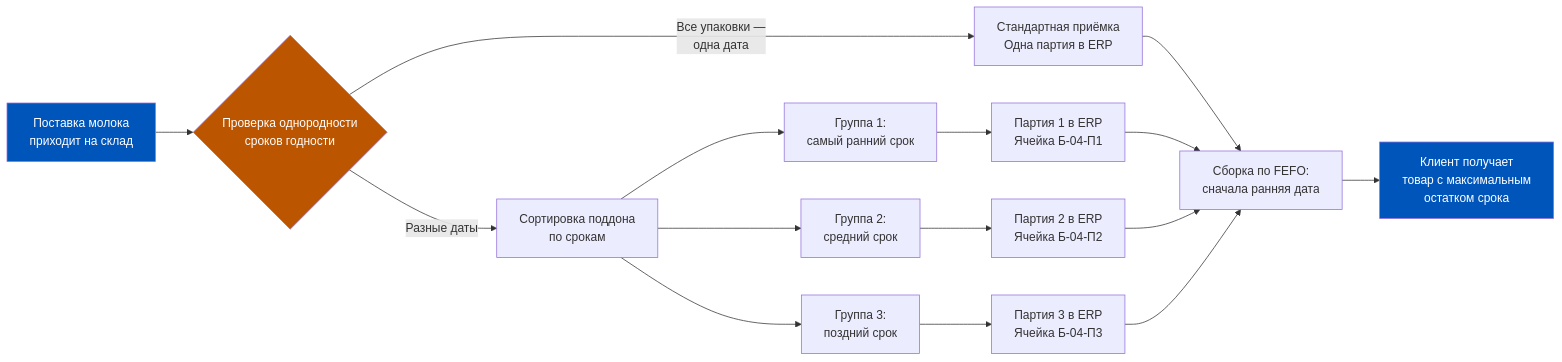
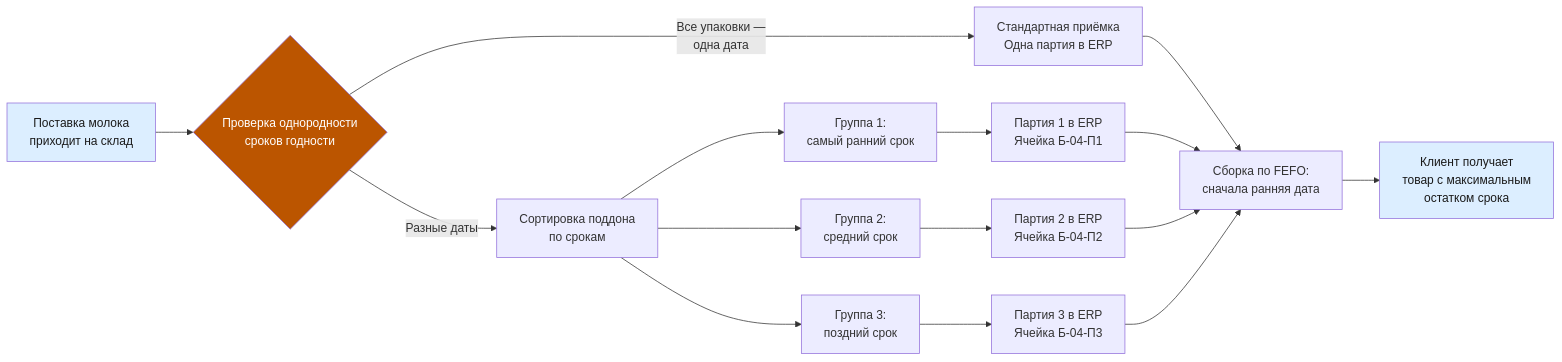
The fifth of 8 diagrams in content/1c-erp/week_4/Неделя 4 - День 7 - История Ozon Express.md (murad1986/1c-erp-quartz), drawn with Mermaid before and after one commit. The commit also changed other lines of this file and 57 other files, not shown here.

First line of the commit message:
fix: Mermaid — пастельные цвета в источниках диаграмм (56 файлов)

````diff
--- a/content/1c-erp/week_4/Неделя 4 - День 7 - История Ozon Express.md
+++ b/content/1c-erp/week_4/Неделя 4 - День 7 - История Ozon Express.md
@@ -415,21 +415,21 @@
 ```mermaid
 flowchart LR
     A[Поставка молока<br/>приходит на склад] --> B{Проверка однородности<br/>сроков годности}
     B -->|Все упаковки —<br/>одна дата| C[Стандартная приёмка<br/>Одна партия в ERP]
     B -->|Разные даты| D[Сортировка поддона<br/>по срокам]
     D --> E[Группа 1:<br/>самый ранний срок]
     D --> F[Группа 2:<br/>средний срок]
     D --> G[Группа 3:<br/>поздний срок]
     E --> H[Партия 1 в ERP<br/>Ячейка Б-04-П1]
     F --> I[Партия 2 в ERP<br/>Ячейка Б-04-П2]
     G --> J[Партия 3 в ERP<br/>Ячейка Б-04-П3]
     C --> K[Сборка по FEFO:<br/>сначала ранняя дата]
     H --> K
     I --> K
     J --> K
     K --> L[Клиент получает<br/>товар с максимальным<br/>остатком срока]
 
-    style A fill:#0055BB,color:#fff
-    style L fill:#0055BB,color:#fff
+    style A fill:#dceeff,color:#1a1a1a
+    style L fill:#dceeff,color:#1a1a1a
     style B fill:#BB5500,color:#fff
 ```
````
